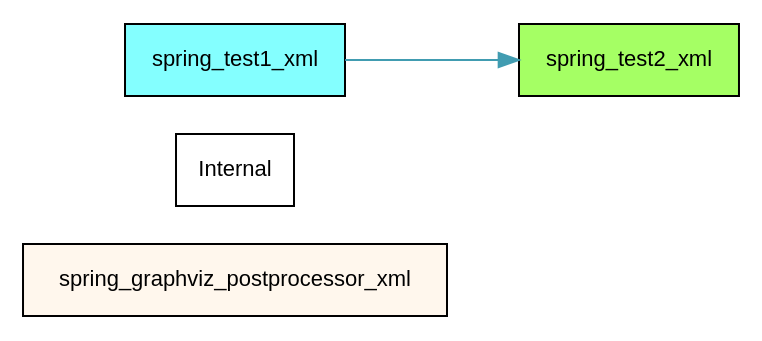
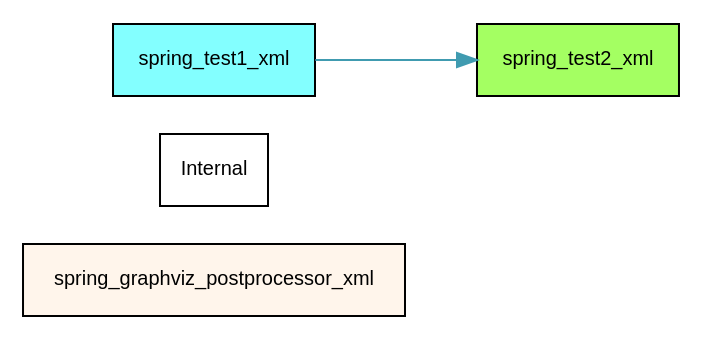
The diagram in unittest-spring-context-cluster-only.dot (ricklindstrom/directed-graph-builder), drawn with Graphviz before and after one commit. The commit also changed 20 other files, not shown here.

```diff
--- a/unittest-spring-context-cluster-only.dot
+++ b/unittest-spring-context-cluster-only.dot
@@ -1,15 +1,15 @@
 digraph G { 
   graph [rankdir=LR fontname=Helvetica]; 
-  node [fontsize=11 shape=record fontname=Helvetica style=filled fillcolor=lightyellow]; 
+  node [fontsize=10 shape=record fontname=Helvetica style=filled fillcolor=lightyellow]; 
   edge [fontname=Helvetica fontsize=9]; 
 
-"spring_graphviz_postprocessor_xml" [label="spring_graphviz_postprocessor_xml" fillcolor="#fff7ed"];
+"spring_graphviz_postprocessor_xml" [label="spring_graphviz_postprocessor_xml" fillcolor="#fff5eb"];
 
 "Internal" [label="Internal" fillcolor="#ffffff"];
 
-"spring_test1_xml" [label="spring_test1_xml" fillcolor="#84ffff"];
-  "spring_test1_xml" -> "spring_test2_xml" [color="#419cb1" ];
+"spring_test1_xml" [label="spring_test1_xml" fillcolor="#83ffff"];
+  "spring_test1_xml" -> "spring_test2_xml" [color="#409bb0" ];
 
-"spring_test2_xml" [label="spring_test2_xml" fillcolor="#a5ff64"];
+"spring_test2_xml" [label="spring_test2_xml" fillcolor="#a4ff62"];
 
 }
```
